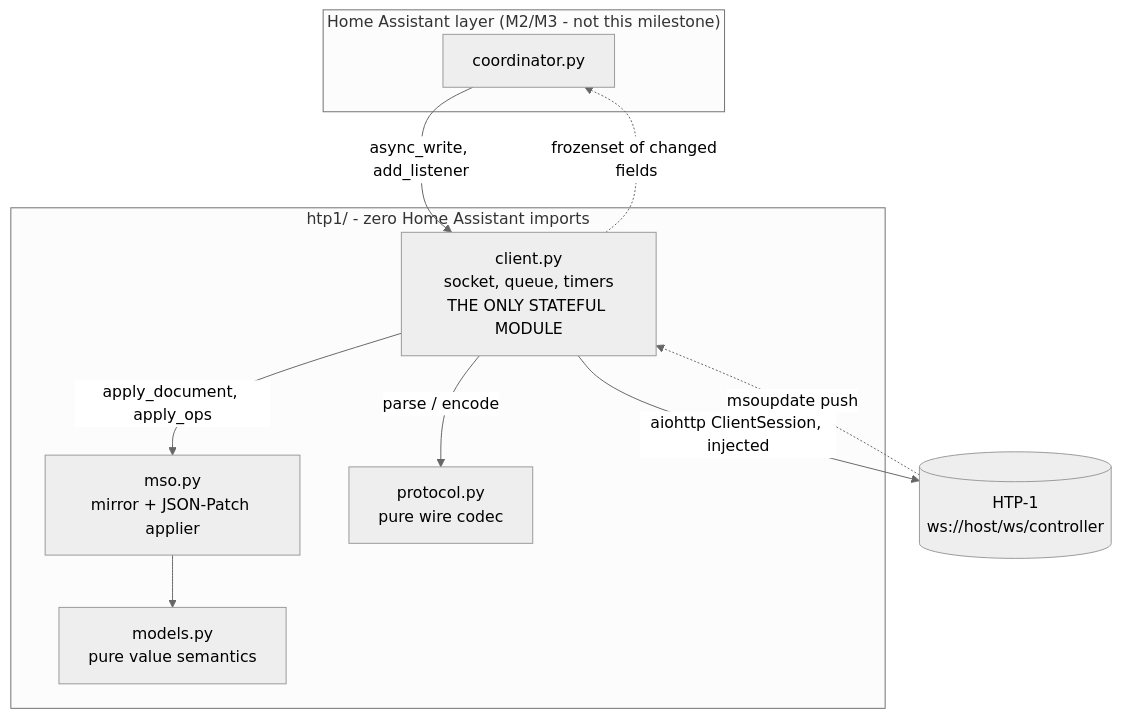
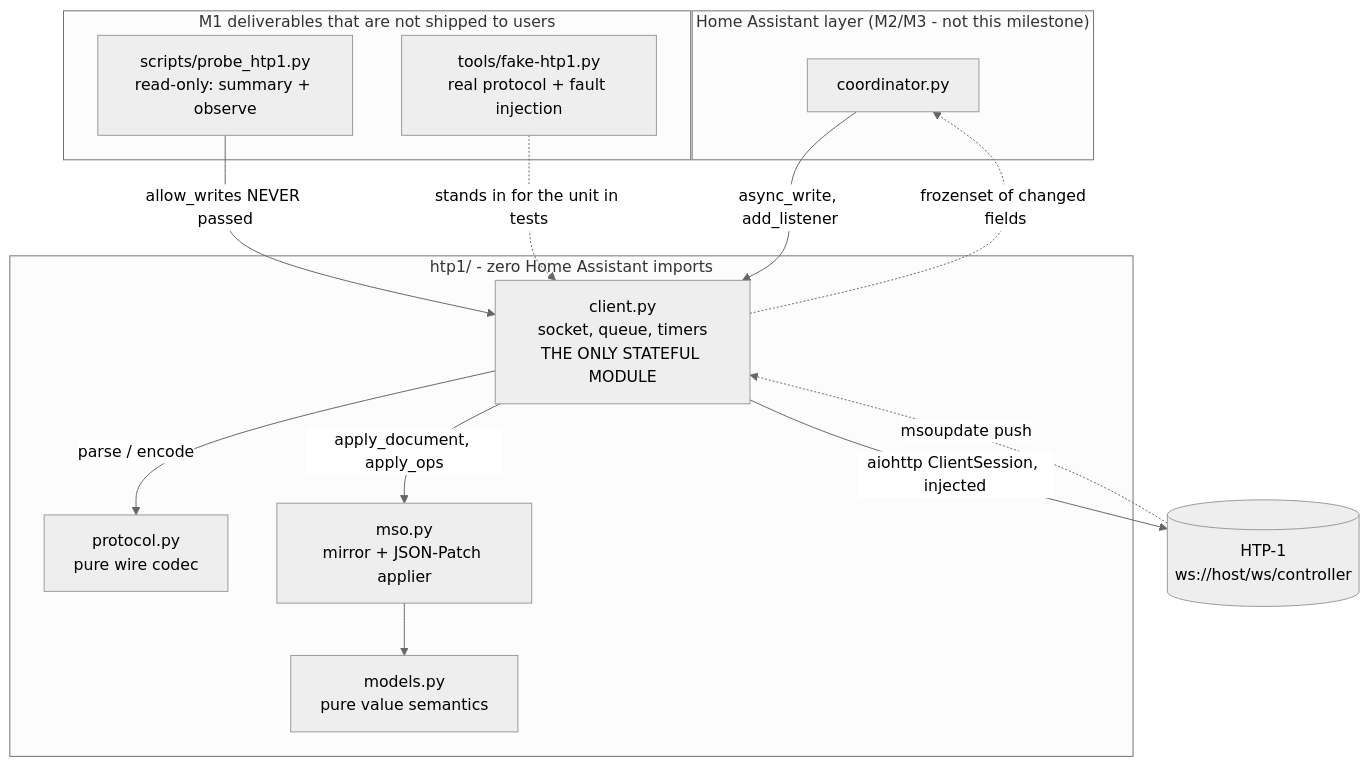
Before and after one commit to ajguerre1/ha-monolith-htp1: the diagram in docs/ai/design/2026-08-15-feature-htp1-client.md, drawn with Mermaid (neutral theme). The commit also changed other lines of this file and 1 other file, not shown here.

````diff
--- a/docs/ai/design/2026-08-15-feature-htp1-client.md
+++ b/docs/ai/design/2026-08-15-feature-htp1-client.md
@@ -15,23 +15,30 @@
 ```mermaid
 graph TD
   subgraph HA["Home Assistant layer (M2/M3 - not this milestone)"]
     Coordinator[coordinator.py]
   end
 
   subgraph Vendored["htp1/ - zero Home Assistant imports"]
     Client[client.py<br/>socket, queue, timers<br/>THE ONLY STATEFUL MODULE]
     Mso[mso.py<br/>mirror + JSON-Patch applier]
     Protocol[protocol.py<br/>pure wire codec]
     Models[models.py<br/>pure value semantics]
   end
 
+  subgraph Tools["M1 deliverables that are not shipped to users"]
+    Probe[scripts/probe_htp1.py<br/>read-only: summary + observe]
+    Fake[tools/fake-htp1.py<br/>real protocol + fault injection]
+  end
+
   Unit[("HTP-1<br/>ws://host/ws/controller")]
 
   Coordinator -->|async_write, add_listener| Client
+  Probe -->|allow_writes NEVER passed| Client
   Client -->|parse / encode| Protocol
   Client -->|apply_document, apply_ops| Mso
   Mso --> Models
   Client -->|aiohttp ClientSession, injected| Unit
   Unit -.->|msoupdate push| Client
   Client -.->|frozenset of changed fields| Coordinator
+  Fake -.->|stands in for the unit in tests| Client
 ```
````
